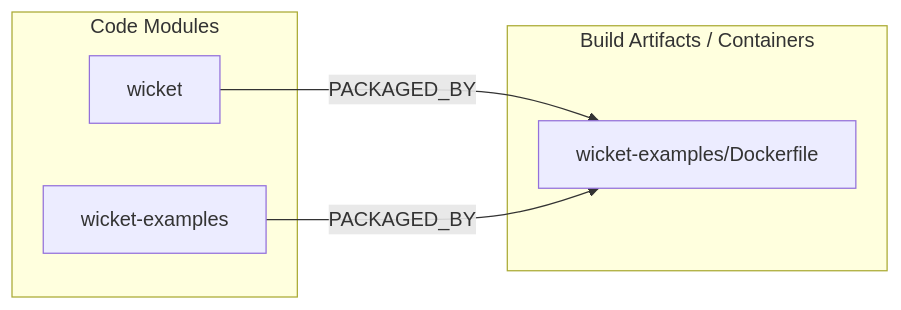
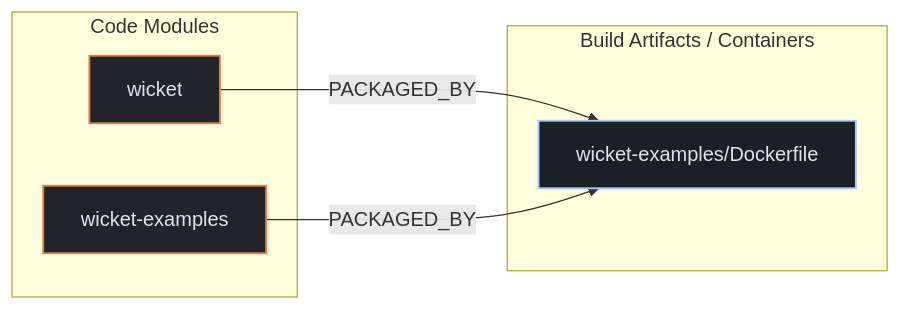
The second of 3 diagrams in exports/latest/reports/apache-wicket-report.md (kumarshaz/atruss-code-atlas), drawn with Mermaid before and after one commit. The commit also changed other lines of this file and 331 other files, not shown here.

Commit message:
docs,ui,fix: update SDLC docs, reorder CI/CD DAG first, stylize Mermaid, and fix Arc42 pipeline topology

````diff
--- a/exports/latest/reports/apache-wicket-report.md
+++ b/exports/latest/reports/apache-wicket-report.md
@@ -162,12 +169,16 @@
 ```mermaid
 flowchart LR
+    classDef atlasCategory fill:#212428,stroke:#E87A48,stroke-width:1.5px,color:#dfe3eb
+    classDef atlasWorkflow fill:#1b2026,stroke:#a3c9ff,stroke-width:1.5px,color:#dfe3eb
+    classDef atlasJob fill:#171c22,stroke:#8d9199,stroke-width:1px,color:#dfe3eb
+    classDef atlasTarget fill:#005227,stroke:#8bd99b,stroke-width:1.5px,color:#a7f6b6
     subgraph code_modules["Code Modules"]
-        mod_wicket["wicket"]
-        mod_wicket_examples["wicket-examples"]
+        mod_wicket["wicket"]:::atlasCategory
+        mod_wicket_examples["wicket-examples"]:::atlasCategory
     end
     subgraph build_artifacts["Build Artifacts / Containers"]
-        art_wicket_examples_Dockerfile["wicket-examples/Dockerfile"]
+        art_wicket_examples_Dockerfile["wicket-examples/Dockerfile"]:::atlasWorkflow
     end
     mod_wicket -->|PACKAGED_BY| art_wicket_examples_Dockerfile
     mod_wicket_examples -->|PACKAGED_BY| art_wicket_examples_Dockerfile
 ```
````
